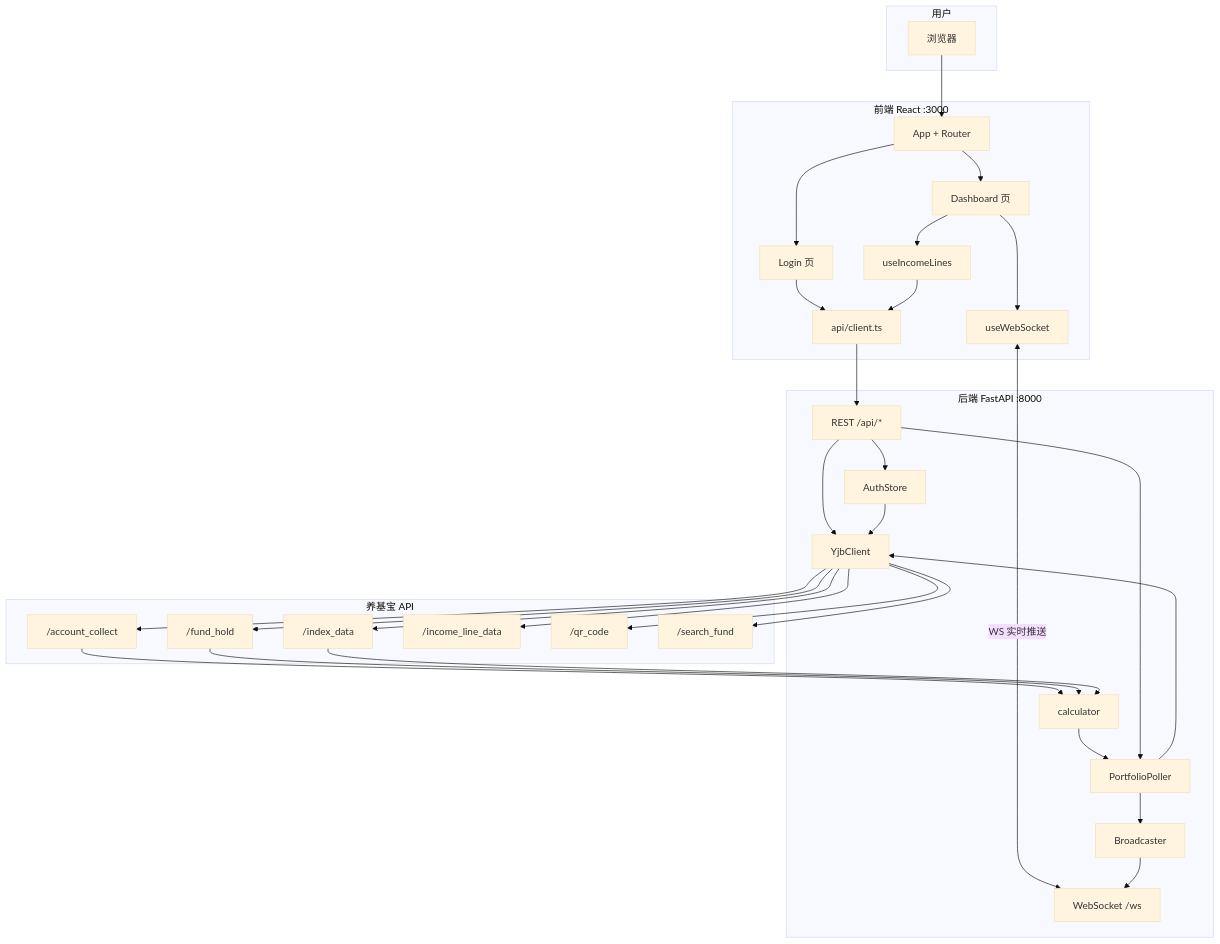
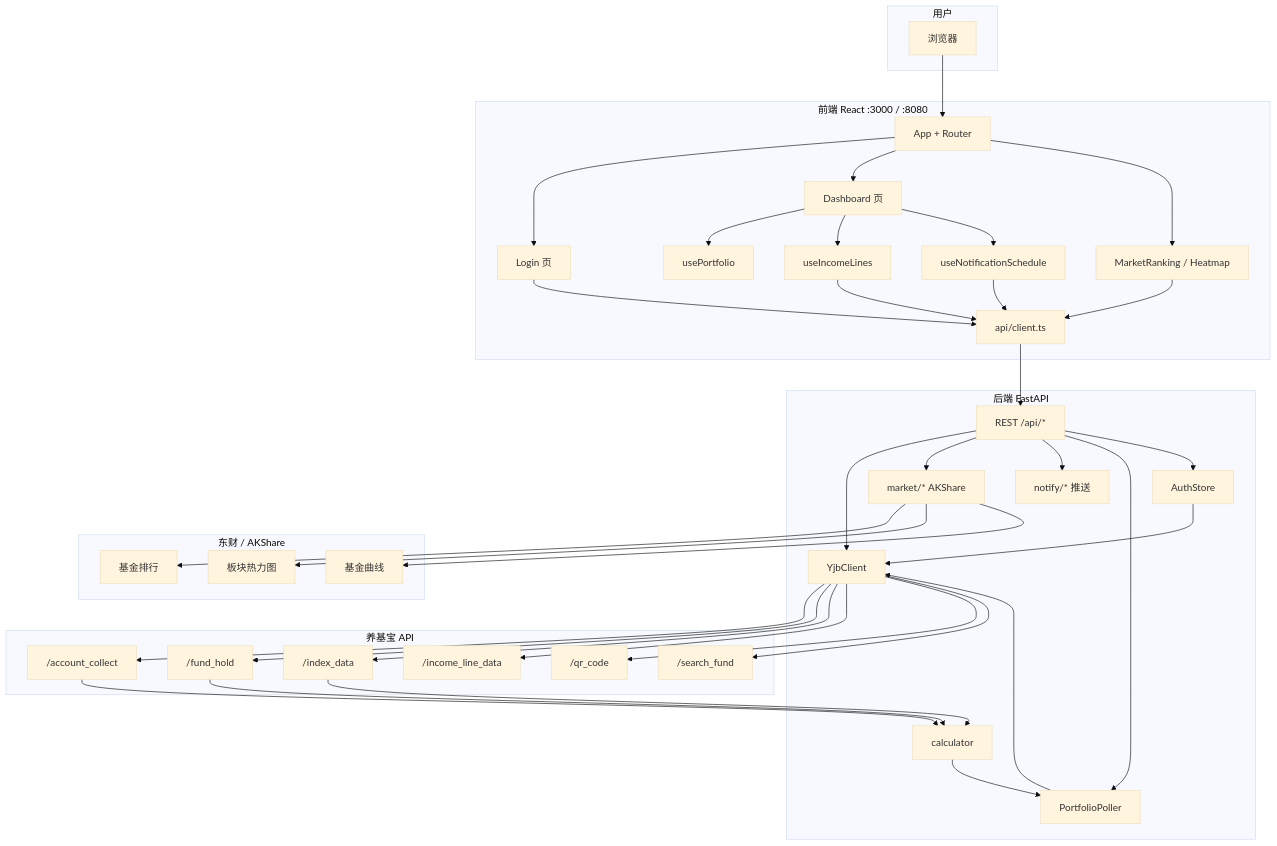
The first of 8 diagrams in TECH.md (ChinaCarlos/fund-helper), drawn with Mermaid (base theme) before and after one commit. The commit also changed other lines of this file and 64 other files, not shown here.

````diff
--- a/TECH.md
+++ b/TECH.md
@@ -859,53 +1070,66 @@
 ```mermaid
 flowchart TB
     subgraph User["用户"]
         Browser["浏览器"]
     end
 
-    subgraph Frontend["前端 React :3000"]
+    subgraph Frontend["前端 React :3000 / :8080"]
         App["App + Router"]
         Login["Login 页"]
         Dashboard["Dashboard 页"]
-        WS_Hook["useWebSocket"]
+        Market["MarketRanking / Heatmap"]
+        Portfolio_Hook["usePortfolio"]
         Income_Hook["useIncomeLines"]
+        Notify_Hook["useNotificationSchedule"]
         API_Client["api/client.ts"]
     end
 
-    subgraph Backend["后端 FastAPI :8000"]
+    subgraph Backend["后端 FastAPI"]
         REST["REST /api/*"]
-        WS_EP["WebSocket /ws"]
-        Poller["PortfolioPoller"]
+        MarketSvc["market/* AKShare"]
+        NotifySvc["notify/* 推送"]
         Auth["AuthStore"]
         Calc["calculator"]
         YJB_Client["YjbClient"]
-        BC["Broadcaster"]
+        Poller["PortfolioPoller"]
     end
 
     subgraph YJB["养基宝 API"]
         Y1["/account_collect"]
         Y2["/fund_hold"]
         Y3["/index_data"]
         Y4["/income_line_data"]
         Y5["/qr_code"]
         Y6["/search_fund"]
     end
 
+    subgraph EM["东财 / AKShare"]
+        E1["基金排行"]
+        E2["板块热力图"]
+        E3["基金曲线"]
+    end
+
     Browser --> App
     App --> Login
     App --> Dashboard
-    Dashboard --> WS_Hook
+    App --> Market
+    Dashboard --> Portfolio_Hook
     Dashboard --> Income_Hook
+    Dashboard --> Notify_Hook
     Login --> API_Client
     Income_Hook --> API_Client
-    WS_Hook <-->|"WS 实时推送"| WS_EP
+    Market --> API_Client
+    Notify_Hook --> API_Client
 
     API_Client --> REST
     REST --> YJB_Client
+    REST --> MarketSvc
+    REST --> NotifySvc
+    REST --> Poller
     Poller --> YJB_Client
     YJB_Client --> Y1 & Y2 & Y3 & Y4 & Y5 & Y6
     Y1 & Y2 & Y3 --> Calc --> Poller
-    Poller --> BC --> WS_EP
+    MarketSvc --> E1 & E2 & E3
     Auth --> YJB_Client
     REST --> Auth
-    REST --> Poller
 ```
````
